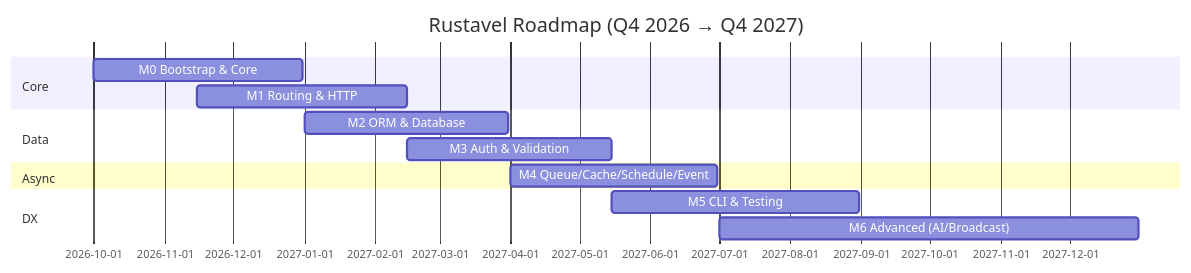
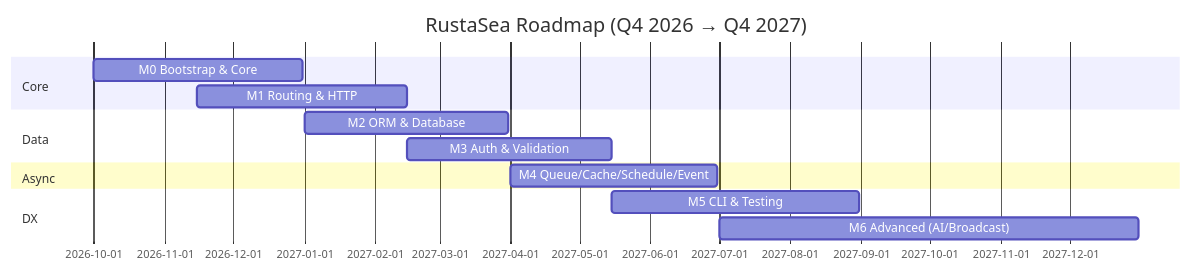
One commit to rustasea/rustasea changed the diagram in .agents/documents/tasks/roadmap.md. Above: the diagram before and after it, drawn with Mermaid. The commit also changed other lines of this file and 405 other files, not shown here.

First line of the commit message:
refactor: rebrand Rustavel → RustaSea

````diff
--- a/.agents/documents/tasks/roadmap.md
+++ b/.agents/documents/tasks/roadmap.md
@@ -41,16 +41,16 @@
 ```mermaid
 gantt
-    title Rustavel Roadmap (Q4 2026 → Q4 2027)
+    title RustaSea Roadmap (Q4 2026 → Q4 2027)
     dateFormat YYYY-MM-DD
     section Core
     M0 Bootstrap & Core          :m0, 2026-10-01, 2026-12-31
     M1 Routing & HTTP            :m1, 2026-11-15, 2027-02-15
     section Data
     M2 ORM & Database            :m2, 2027-01-01, 2027-03-31
     M3 Auth & Validation         :m3, 2027-02-15, 2027-05-15
     section Async
     M4 Queue/Cache/Schedule/Event :m4, 2027-04-01, 2027-06-30
     section DX
     M5 CLI & Testing             :m5, 2027-05-15, 2027-08-31
     M6 Advanced (AI/Broadcast)   :m6, 2027-07-01, 2027-12-31
 ```
````
